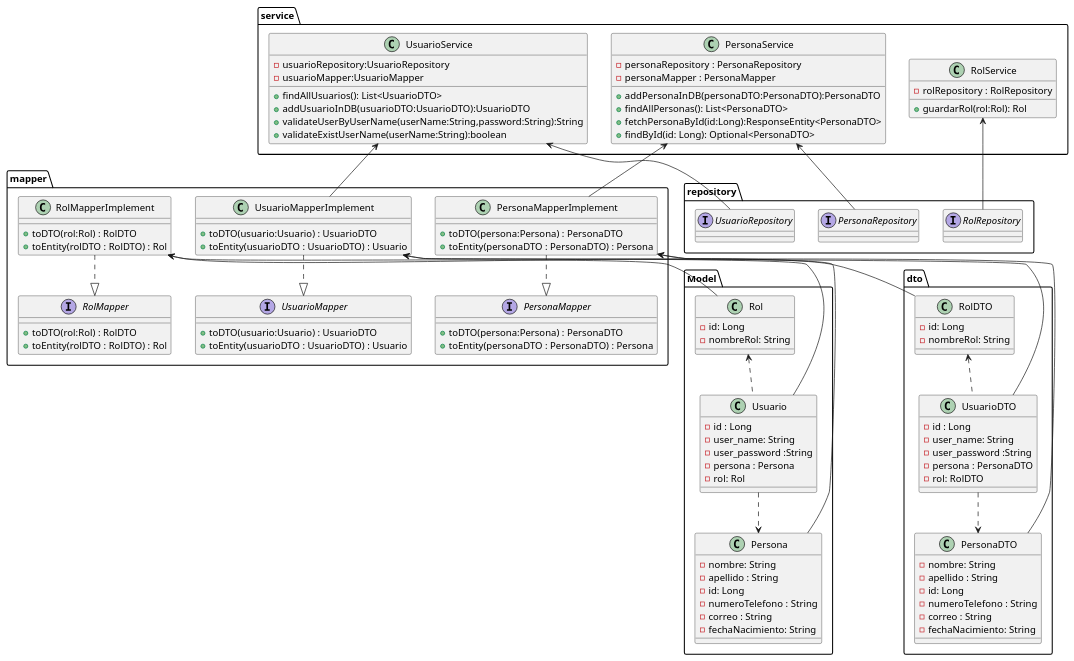
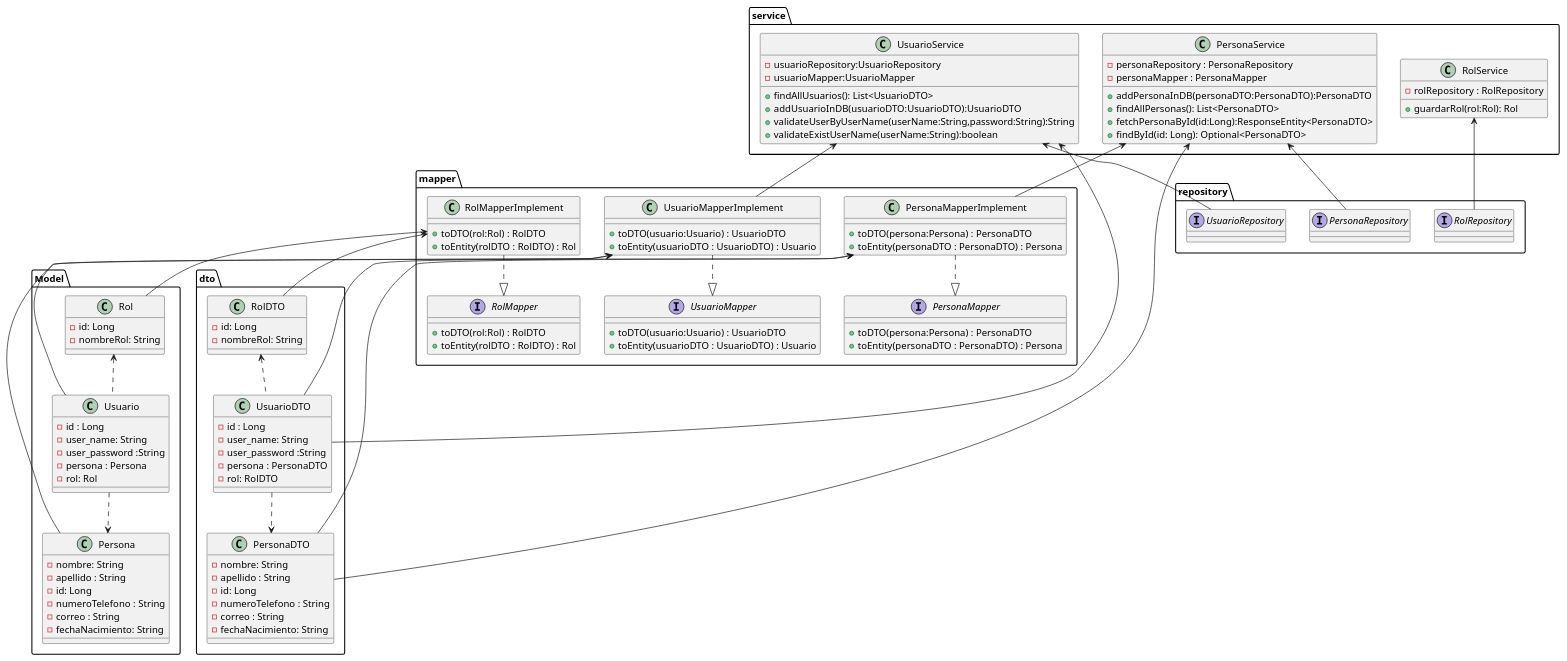
The diagram in Documentacion/DiagramaClasesModuloUsuario.plantuml (Mktraffic/Proyecto-Tertulia), drawn with PlantUML before and after one commit.

Commit message:
fix: Modificacion diagrama clases Modulo Login

```diff
--- a/Documentacion/DiagramaClasesModuloUsuario.plantuml
+++ b/Documentacion/DiagramaClasesModuloUsuario.plantuml
@@ -1,122 +1,123 @@
 @startuml
 package Model{
     class Persona{
         - nombre: String
         - apellido : String 
         - id: Long
         - numeroTelefono : String
         - correo : String
         - fechaNacimiento: String
         
     }
 
     class Rol{
         - id: Long 
         - nombreRol: String 
     }
     class Usuario{
         - id : Long
         -user_name: String
         -user_password :String
         -persona : Persona
         - rol: Rol
     }
 
     Usuario ..> Persona
     Rol <.. Usuario
 
 }
 package dto{
     class PersonaDTO{
         - nombre: String
         - apellido : String 
         - id: Long
         - numeroTelefono : String
         - correo : String
         - fechaNacimiento: String
     }
     class RolDTO{
         - id: Long 
         - nombreRol: String
     }
     class UsuarioDTO{
          - id : Long
         -user_name: String
         -user_password :String
         -persona : PersonaDTO
         - rol: RolDTO
     }
 }
 package mapper{
     interface PersonaMapper{
         + toDTO(persona:Persona) : PersonaDTO
         + toEntity(personaDTO : PersonaDTO) : Persona
     }
     class PersonaMapperImplement{
         + toDTO(persona:Persona) : PersonaDTO
         + toEntity(personaDTO : PersonaDTO) : Persona
     }
     interface RolMapper{
         + toDTO(rol:Rol) : RolDTO
         + toEntity(rolDTO : RolDTO) : Rol
     }
     class RolMapperImplement{
         + toDTO(rol:Rol) : RolDTO
         + toEntity(rolDTO : RolDTO) : Rol
     }
     interface UsuarioMapper{
         + toDTO(usuario:Usuario) : UsuarioDTO
         + toEntity(usuarioDTO : UsuarioDTO) : Usuario
     }
     class UsuarioMapperImplement{
         + toDTO(usuario:Usuario) : UsuarioDTO
         + toEntity(usuarioDTO : UsuarioDTO) : Usuario
     }
 }
 package service{
     class PersonaService{
         - personaRepository : PersonaRepository
         - personaMapper : PersonaMapper
         + addPersonaInDB(personaDTO:PersonaDTO):PersonaDTO
         + findAllPersonas(): List<PersonaDTO>
         + fetchPersonaById(id:Long):ResponseEntity<PersonaDTO>
         + findById(id: Long): Optional<PersonaDTO>
 
         
     }
     class RolService{
         - rolRepository : RolRepository
         + guardarRol(rol:Rol): Rol
     }
     class UsuarioService{
         - usuarioRepository:UsuarioRepository
         - usuarioMapper:UsuarioMapper
         + findAllUsuarios(): List<UsuarioDTO>
         + addUsuarioInDB(usuarioDTO:UsuarioDTO):UsuarioDTO
         + validateUserByUserName(userName:String,password:String):String
         + validateExistUserName(userName:String):boolean
     }
 }
 package repository{
     interface PersonaRepository{}
     interface RolRepository{}
     interface UsuarioRepository{}
 }
 PersonaService <-- PersonaRepository
 PersonaService <-- PersonaMapperImplement
 RolService <-- RolRepository
 UsuarioService <-- UsuarioRepository
 UsuarioService <-- UsuarioMapperImplement
 PersonaMapperImplement ..|> PersonaMapper
 RolMapperImplement ..|> RolMapper
 UsuarioMapperImplement ..|> UsuarioMapper
 UsuarioDTO ..> PersonaDTO
 RolDTO <.. UsuarioDTO
 UsuarioMapperImplement <-- Usuario
 UsuarioMapperImplement <-- UsuarioDTO
 RolMapperImplement <-- Rol
 RolMapperImplement <-- RolDTO
 PersonaMapperImplement <-- Persona
 PersonaMapperImplement <-- PersonaDTO
-
+UsuarioService <-- UsuarioDTO
+PersonaService <-- PersonaDTO
 @enduml
```
